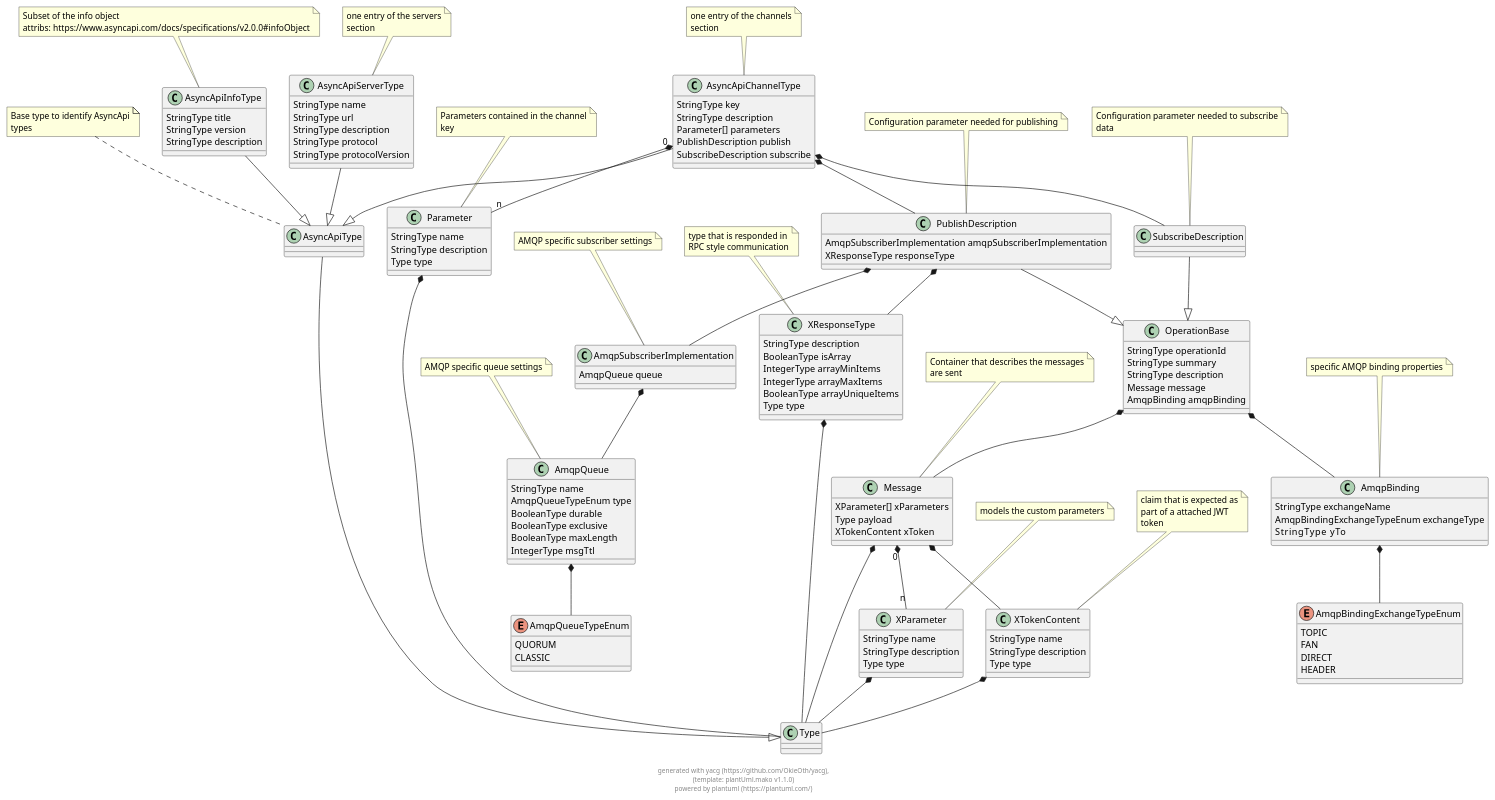
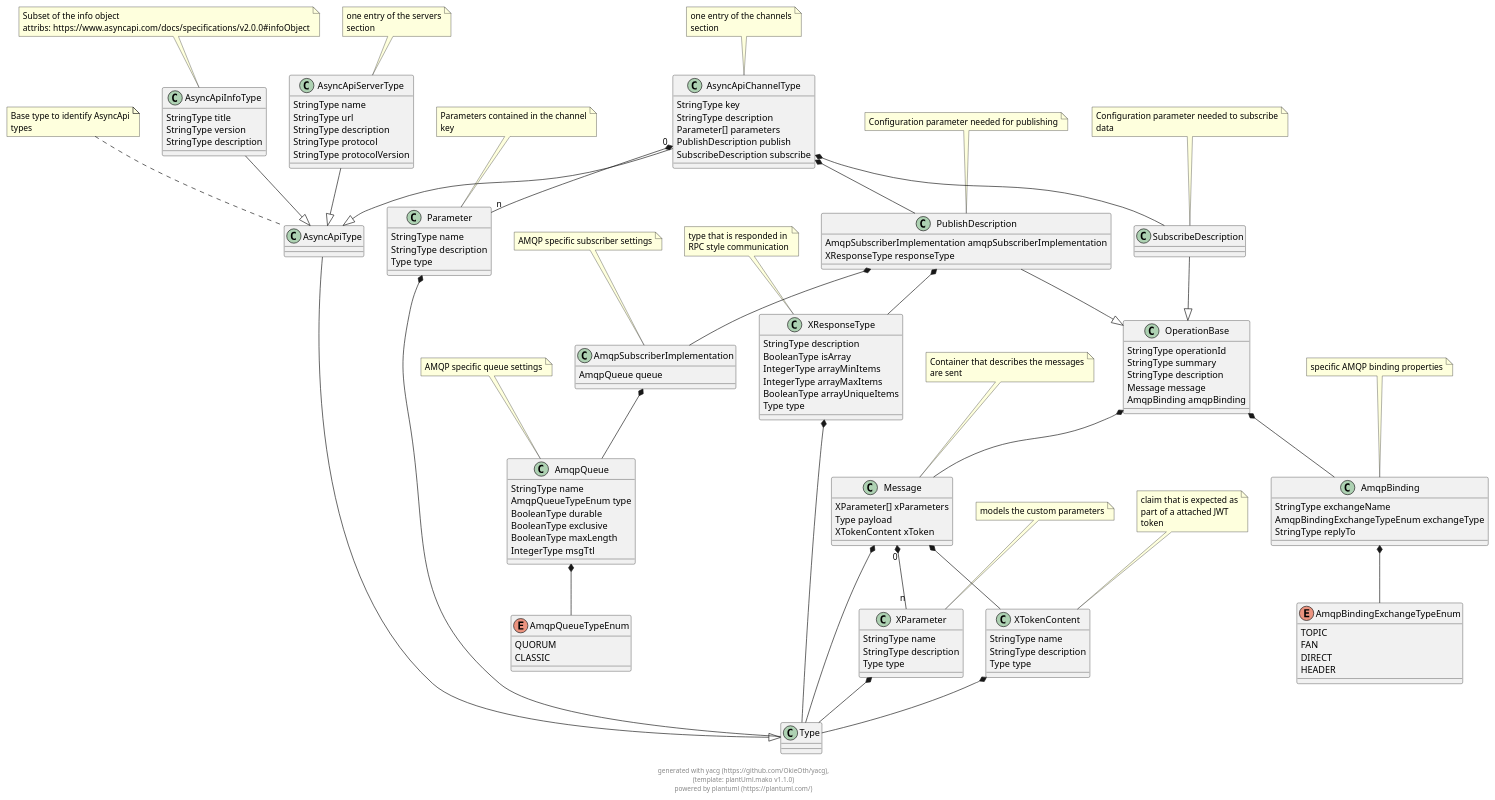
The diagram in docs/puml/yacg_asyncapi.puml (SpeedsterF2/yacg), drawn with PlantUML before and after one commit. The commit also changed 3 other files, not shown here.

```diff
--- a/docs/puml/yacg_asyncapi.puml
+++ b/docs/puml/yacg_asyncapi.puml
@@ -2,199 +2,199 @@
 @startuml
 
 class OperationBase {
         StringType operationId 
         StringType summary 
         StringType description 
         Message message 
         AmqpBinding amqpBinding 
 }
 
 
 class Message {
         XParameter[] xParameters 
         Type payload 
         XTokenContent xToken 
 }
 
 note top: Container that describes the messages\nare sent
 
 class AmqpBinding {
         StringType exchangeName 
         AmqpBindingExchangeTypeEnum exchangeType 
-        StringType    yTo 
+        StringType replyTo 
 }
 
 note top: specific AMQP binding properties
 
 class AsyncApiType {
 }
 
 note top: Base type to identify AsyncApi\ntypes
 
 AsyncApiType --|> Type
 class AsyncApiInfoType {
         StringType title 
         StringType version 
         StringType description 
 }
 
 note top: Subset of the info object\nattribs: https://www.asyncapi.com/docs/specifications/v2.0.0#infoObject
 
 AsyncApiInfoType --|> AsyncApiType
 class AsyncApiServerType {
         StringType name 
         StringType url 
         StringType description 
         StringType protocol 
         StringType protocolVersion 
 }
 
 note top: one entry of the servers\nsection
 
 AsyncApiServerType --|> AsyncApiType
 class AsyncApiChannelType {
         StringType key 
         StringType description 
         Parameter[] parameters 
         PublishDescription publish 
         SubscribeDescription subscribe 
 }
 
 note top: one entry of the channels\nsection
 
 AsyncApiChannelType --|> AsyncApiType
 class Parameter {
         StringType name 
         StringType description 
         Type type 
 }
 
 note top: Parameters contained in the channel\nkey
 
 class PublishDescription {
         AmqpSubscriberImplementation amqpSubscriberImplementation 
         XResponseType responseType 
 }
 
 note top: Configuration parameter needed for publishing
 
 PublishDescription --|> OperationBase
 class SubscribeDescription {
 }
 
 note top: Configuration parameter needed to subscribe\ndata
 
 SubscribeDescription --|> OperationBase
 class AmqpSubscriberImplementation {
         AmqpQueue queue 
 }
 
 note top: AMQP specific subscriber settings
 
 class XResponseType {
         StringType description 
         BooleanType isArray 
         IntegerType arrayMinItems 
         IntegerType arrayMaxItems 
         BooleanType arrayUniqueItems 
         Type type 
 }
 
 note top: type that is responded in\nRPC style communication
 
 class XParameter {
         StringType name 
         StringType description 
         Type type 
 }
 
 note top: models the custom parameters
 
 class XTokenContent {
         StringType name 
         StringType description 
         Type type 
 }
 
 note top: claim that is expected as\npart of a attached JWT\ntoken
 
 enum AmqpBindingExchangeTypeEnum {
     TOPIC
     FAN
     DIRECT
     HEADER
 }
 
 
 class AmqpQueue {
         StringType name 
         AmqpQueueTypeEnum type 
         BooleanType durable 
         BooleanType exclusive 
         BooleanType maxLength 
         IntegerType msgTtl 
 }
 
 note top: AMQP specific queue settings
 
 enum AmqpQueueTypeEnum {
     QUORUM
     CLASSIC
 }
 
 
 
     
 OperationBase  *--  Message        
             
 OperationBase  *--  AmqpBinding        
             
     
 Message "0" *-- "n" XParameter        
             
 Message  *--  Type        
             
 Message  *--  XTokenContent        
             
     
 AmqpBinding  *--  AmqpBindingExchangeTypeEnum        
             
     
     
     
     
 AsyncApiChannelType "0" *-- "n" Parameter        
             
 AsyncApiChannelType  *--  PublishDescription        
             
 AsyncApiChannelType  *--  SubscribeDescription        
             
     
 Parameter  *--  Type        
             
     
 PublishDescription  *--  AmqpSubscriberImplementation        
             
 PublishDescription  *--  XResponseType        
             
     
     
 AmqpSubscriberImplementation  *--  AmqpQueue        
             
     
 XResponseType  *--  Type        
             
     
 XParameter  *--  Type        
             
     
 XTokenContent  *--  Type        
             
     
     
 AmqpQueue  *--  AmqpQueueTypeEnum        
             
     
 
 footer \ngenerated with yacg (https://github.com/OkieOth/yacg),\n(template: plantUml.mako v1.1.0)\npowered by plantuml (https://plantuml.com/)
 @enduml
```
